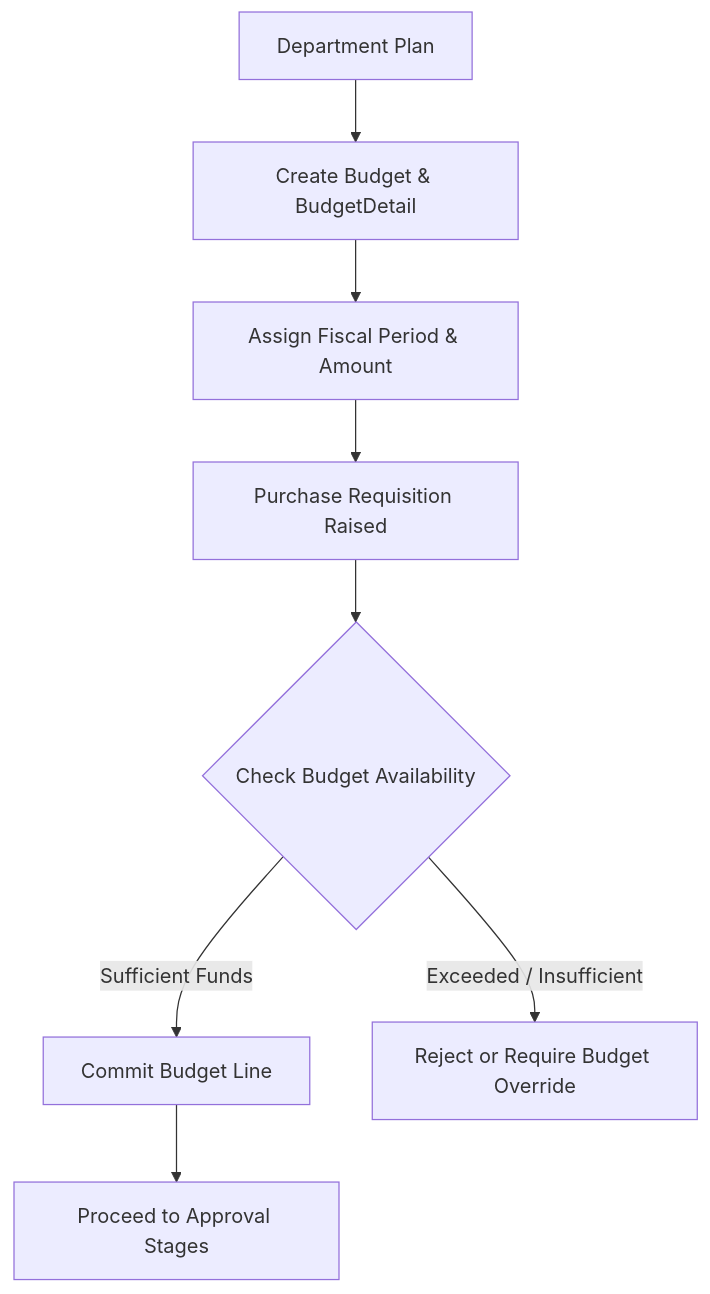
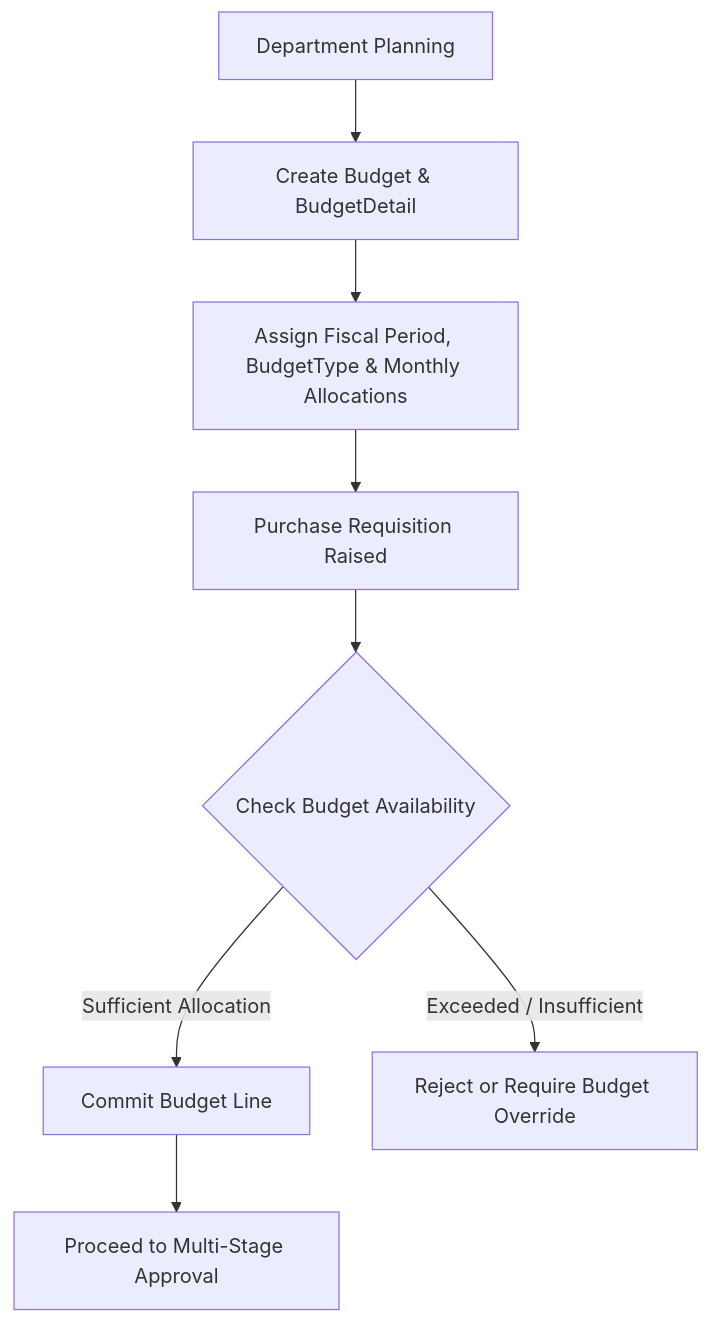
The second of 9 diagrams in docs/BUSINESS_PROCESS.md (putra4648/core-erp), drawn with Mermaid before and after one commit. The commit also changed other lines of this file and 26 other files, not shown here.

````diff
--- a/docs/BUSINESS_PROCESS.md
+++ b/docs/BUSINESS_PROCESS.md
@@ -125,10 +125,10 @@
 ```mermaid
 flowchart TD
-    A[Department Plan] --> B[Create Budget & BudgetDetail]
-    B --> C[Assign Fiscal Period & Amount]
+    A[Department Planning] --> B[Create Budget & BudgetDetail]
+    B --> C[Assign Fiscal Period, BudgetType & Monthly Allocations]
     C --> D[Purchase Requisition Raised]
     D --> E{Check Budget Availability}
-    E -->|Sufficient Funds| F[Commit Budget Line]
+    E -->|Sufficient Allocation| F[Commit Budget Line]
     E -->|Exceeded / Insufficient| G[Reject or Require Budget Override]
-    F --> H[Proceed to Approval Stages]
+    F --> H[Proceed to Multi-Stage Approval]
 ```
````
